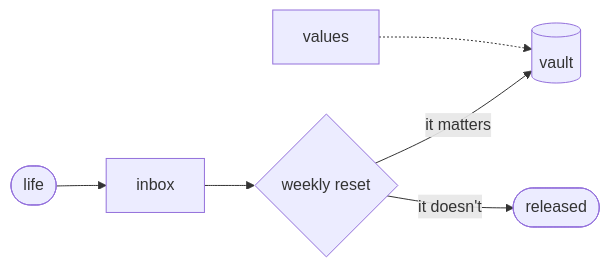
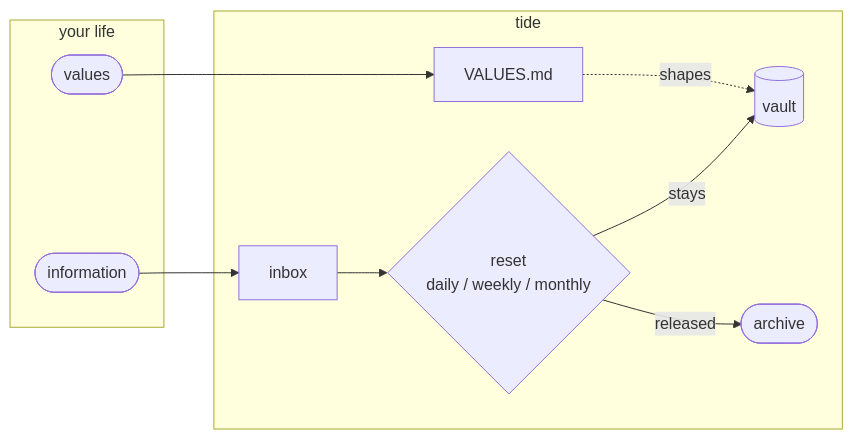
Before and after one commit to slack-water/tide: the diagram in README.md, drawn with Mermaid. The commit also changed other lines of this file and 11 other files, not shown here.

````diff
--- a/README.md
+++ b/README.md
@@ -10,8 +18,22 @@
 ```mermaid
 flowchart LR
-    life([life]) --> inbox[inbox]
-    inbox --> reset{weekly reset}
-    reset -->|it matters| vault[(vault)]
-    reset -->|it doesn't| released([released])
-    values[values] -.-> vault
+    subgraph you [your life]
+        values([values])
+        information([information])
+    end
+
+    subgraph tide
+        VALUES[VALUES.md]
+        inbox[inbox]
+        reset{reset\ndaily / weekly / monthly}
+        vault[(vault)]
+        archive([archive])
+    end
+
+    values --> VALUES
+    information --> inbox
+    inbox --> reset
+    reset -->|stays| vault
+    reset -->|released| archive
+    VALUES -. shapes .-> vault
 ```
````
